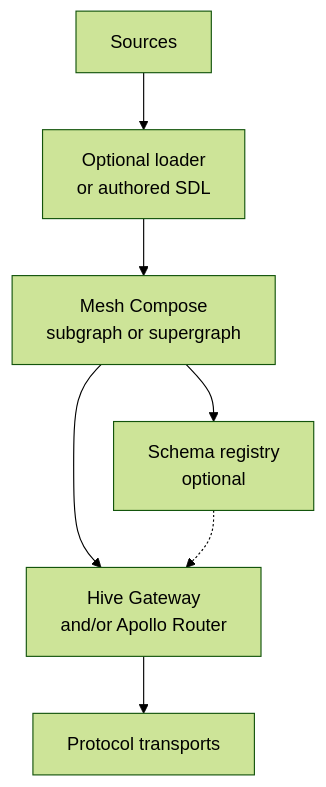
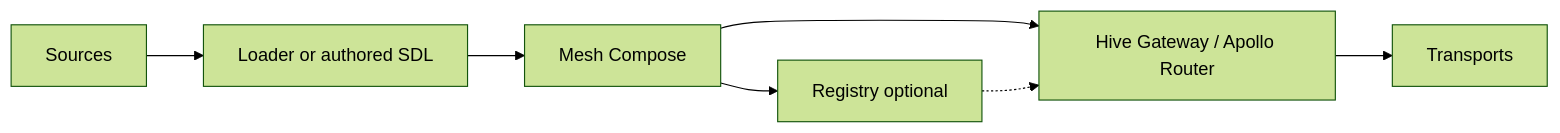
One commit to ardatan/graphql-mesh changed the diagram in website/src/content/v2/index.mdx. Above: the diagram before and after it, drawn with Mermaid (forest theme).

Commit message:
docs(website): compact /v2 intro Mermaid to horizontal flow
Use flowchart LR with shorter labels so the stack diagram uses less
vertical space on mobile while keeping the same meaning.

````diff
--- a/website/src/content/v2/index.mdx
+++ b/website/src/content/v2/index.mdx
@@ -24,15 +24,9 @@
 ```mermaid
-flowchart TB
-  S[Sources]
-  L[Optional loader<br/>or authored SDL]
-  C[Mesh Compose<br/>subgraph or supergraph]
-  R[Schema registry<br/>optional]
-  G[Hive Gateway<br/>and/or Apollo Router]
-  T[Protocol transports]
-
-  S --> L --> C
-  C --> R
-  C --> G
+flowchart LR
+  S[Sources] --> L[Loader or authored SDL]
+  L --> C[Mesh Compose]
+  C --> R[Registry optional]
+  C --> G[Hive Gateway / Apollo Router]
   R -.-> G
-  G --> T
+  G --> T[Transports]
 ```
````
